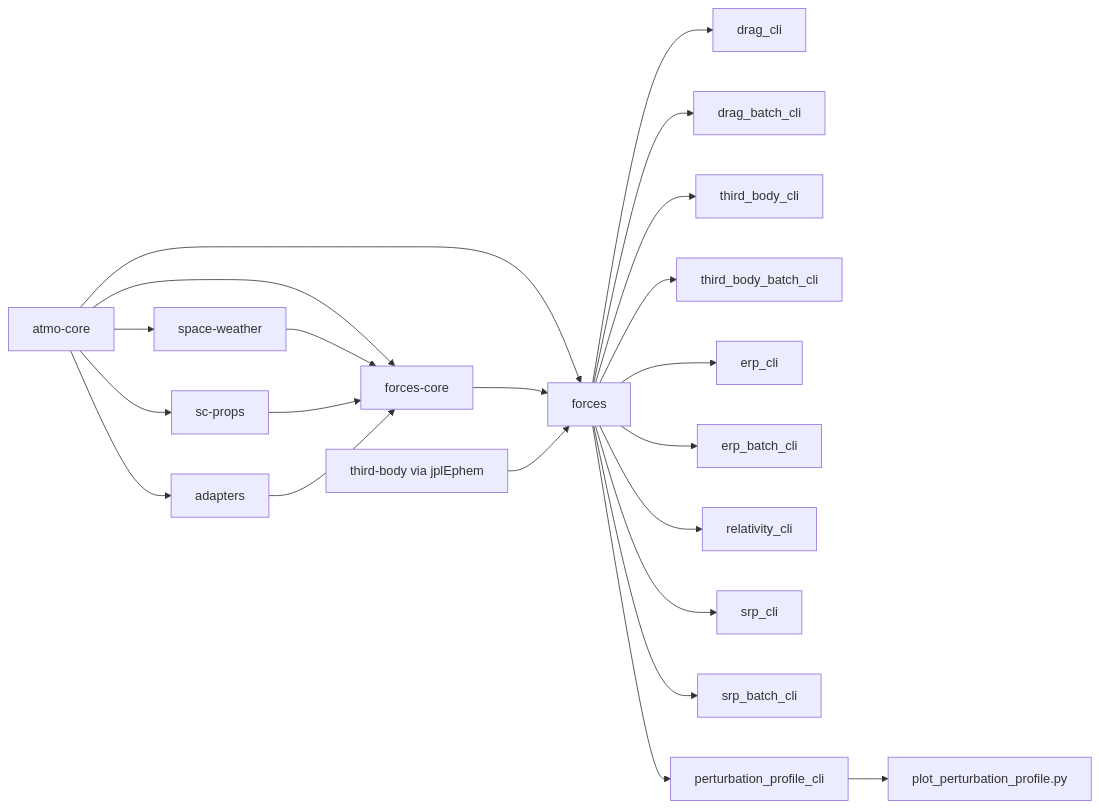
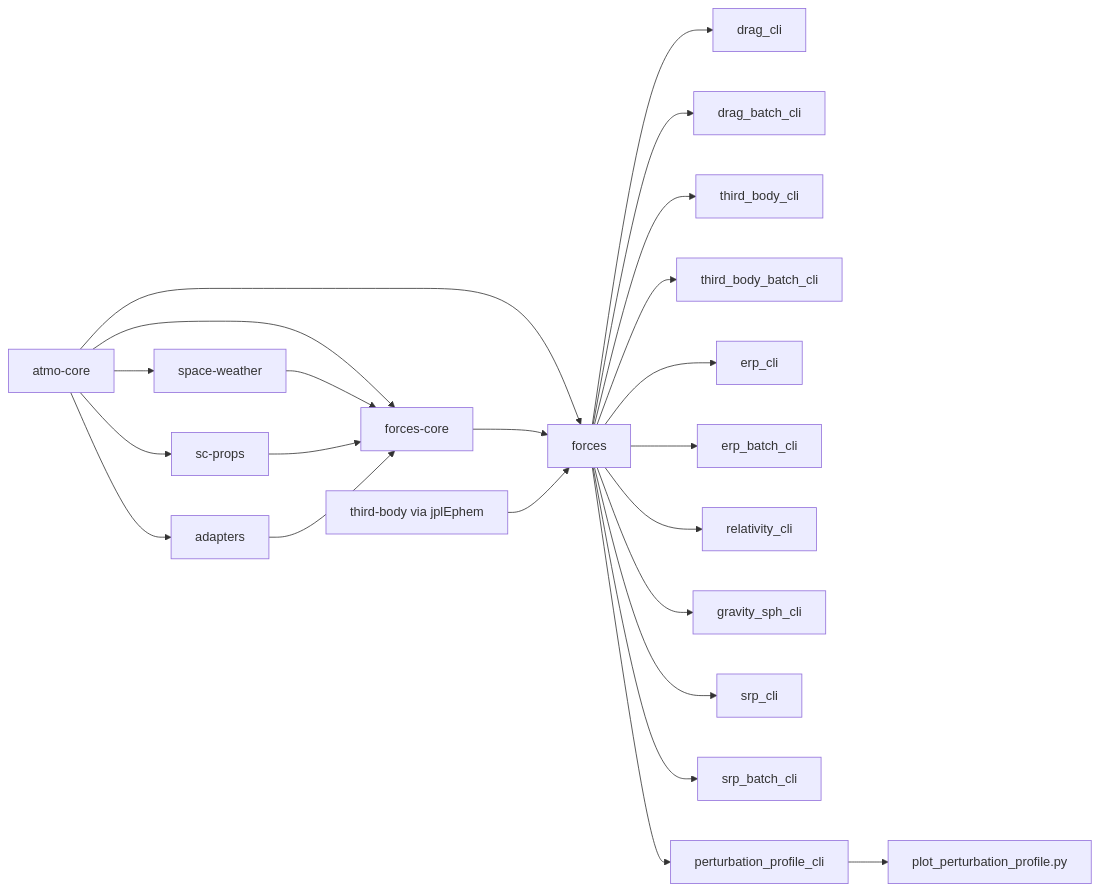
Before and after one commit to watsonryan/astroforces: the diagram in docs/ARCHITECTURE.md, drawn with Mermaid. The commit also changed other lines of this file and 74 other files, not shown here.

Commit message:
refactor force modules and add SPH gravity with temporal ICGEM support

````diff
--- a/docs/ARCHITECTURE.md
+++ b/docs/ARCHITECTURE.md
@@ -4,24 +4,25 @@
 ```mermaid
 flowchart LR
   A[atmo-core] --> B[space-weather]
   A --> C[sc-props]
   A --> D[adapters]
   A --> E[forces-core]
   A --> F[forces]
   B --> E
   C --> E
   D --> E
   E --> F
   T[third-body via jplEphem] --> F
   F --> G[drag_cli]
   F --> H[drag_batch_cli]
   F --> X[third_body_cli]
   F --> Y[third_body_batch_cli]
   F --> R[erp_cli]
   F --> V[erp_batch_cli]
   F --> W[relativity_cli]
+  F --> K[gravity_sph_cli]
   F --> S[srp_cli]
   F --> U[srp_batch_cli]
   F --> P[perturbation_profile_cli]
   P --> Q[plot_perturbation_profile.py]
 ```
````
